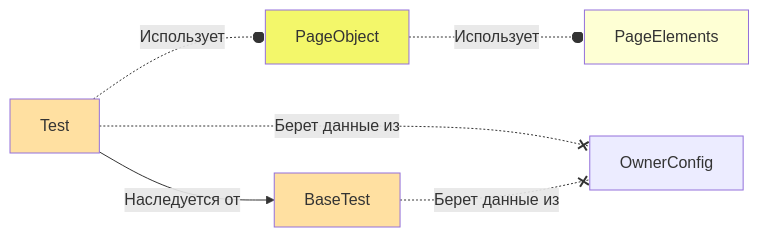
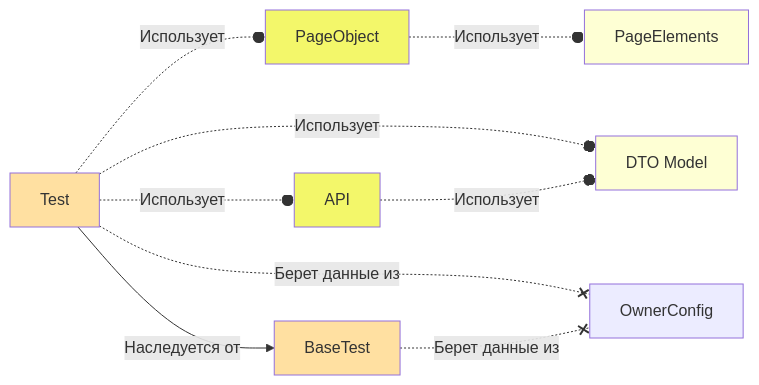
Before and after one commit to NikitaDanshin415/BookStore: the diagram in README.md, drawn with Mermaid.

````diff
--- a/README.md
+++ b/README.md
@@ -68,12 +68,16 @@
 ```mermaid
 flowchart LR
     classDef class1 fill:#ffe0a1
     classDef class2 fill:#f3f76a
     classDef class3 fill:#feffd4
     
 	A[Test]:::class1 -.Использует.-o B[PageObject]:::class2
 	B -.Использует.-o C[PageElements]:::class3
+	A -.Использует.-o F[API]:::class2
+	A -.Использует.-o G[DTO Model]:::class3
+	F -.Использует.-o G
 	A -.Берет данные из.-x D[OwnerConfig]
 	A --Наследуется от--> E[BaseTest]:::class1
 	E -.Берет данные из.-x D
+
 ```
````
